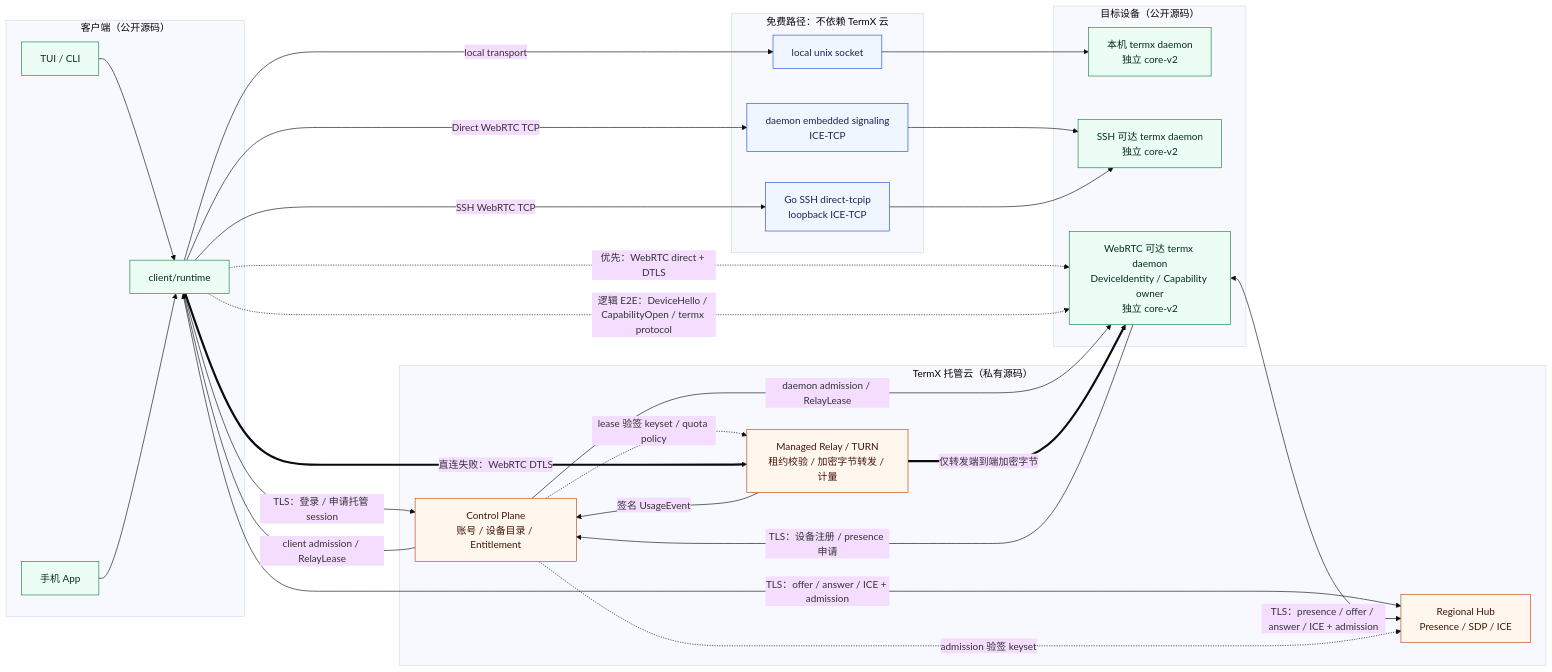
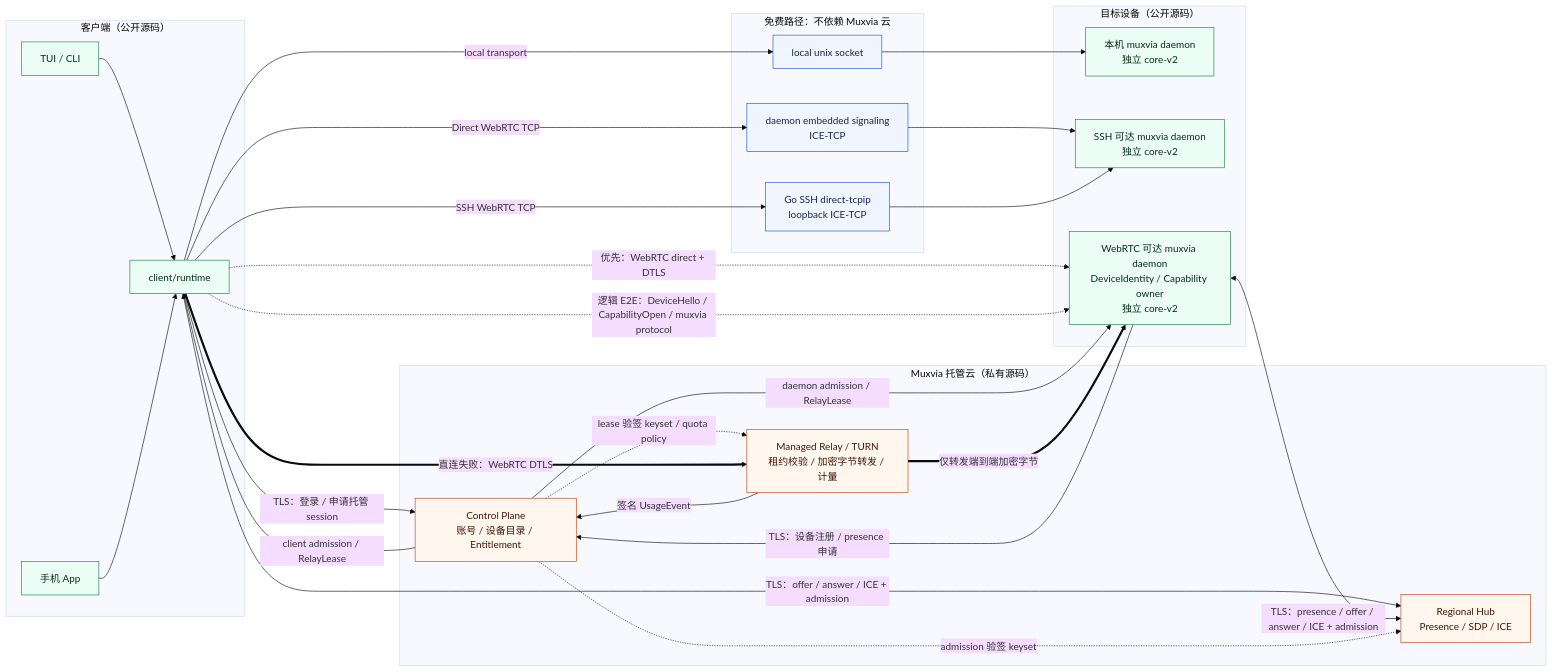
Before and after one commit to lozzo/termx: the first of 5 diagrams in docs/remote-platform/network-topology.md, drawn with Mermaid (base theme). The commit also changed other lines of this file and 208 other files, not shown here.

````diff
--- a/docs/remote-platform/network-topology.md
+++ b/docs/remote-platform/network-topology.md
@@ -19,55 +19,55 @@
 ```mermaid
 flowchart LR
     subgraph Client["客户端（公开源码）"]
         TUI["TUI / CLI"]
         APP["手机 App"]
         CR["client/runtime"]
         TUI --> CR
         APP --> CR
     end
 
-    subgraph FreePaths["免费路径：不依赖 TermX 云"]
+    subgraph FreePaths["免费路径：不依赖 Muxvia 云"]
         LOCAL["local unix socket"]
         DIRECT["daemon embedded signaling<br/>ICE-TCP"]
         SSH["Go SSH direct-tcpip<br/>loopback ICE-TCP"]
     end
 
-    subgraph ManagedCloud["TermX 托管云（私有源码）"]
+    subgraph ManagedCloud["Muxvia 托管云（私有源码）"]
         CP["Control Plane<br/>账号 / 设备目录 / Entitlement"]
         HUB["Regional Hub<br/>Presence / SDP / ICE"]
         RELAY["Managed Relay / TURN<br/>租约校验 / 加密字节转发 / 计量"]
     end
 
     subgraph Daemons["目标设备（公开源码）"]
-        D1["本机 termx daemon<br/>独立 core-v2"]
-        D2["SSH 可达 termx daemon<br/>独立 core-v2"]
-        D3["WebRTC 可达 termx daemon<br/>DeviceIdentity / Capability owner<br/>独立 core-v2"]
+        D1["本机 muxvia daemon<br/>独立 core-v2"]
+        D2["SSH 可达 muxvia daemon<br/>独立 core-v2"]
+        D3["WebRTC 可达 muxvia daemon<br/>DeviceIdentity / Capability owner<br/>独立 core-v2"]
     end
 
     CR -->|"local transport"| LOCAL --> D1
     CR -->|"Direct WebRTC TCP"| DIRECT --> D2
     CR -->|"SSH WebRTC TCP"| SSH --> D2
 
     CR -->|"TLS：登录 / 申请托管 session"| CP
     D3 -->|"TLS：设备注册 / presence 申请"| CP
     CP -->|"client admission / RelayLease"| CR
     CP -->|"daemon admission / RelayLease"| D3
     CR <-->|"TLS：offer / answer / ICE + admission"| HUB
     D3 <-->|"TLS：presence / offer / answer / ICE + admission"| HUB
     CP -.->|"admission 验签 keyset"| HUB
     CP -.->|"lease 验签 keyset / quota policy"| RELAY
 
     CR -.->|"优先：WebRTC direct + DTLS"| D3
     CR ==>|"直连失败：WebRTC DTLS"| RELAY
     RELAY ==>|"仅转发端到端加密字节"| D3
     RELAY -->|"签名 UsageEvent"| CP
 
-    CR -.->|"逻辑 E2E：DeviceHello / CapabilityOpen / termx protocol"| D3
+    CR -.->|"逻辑 E2E：DeviceHello / CapabilityOpen / muxvia protocol"| D3
 
     classDef openNode fill:#ecfdf5,stroke:#15803d,color:#052e16;
     classDef privateNode fill:#fff7ed,stroke:#c2410c,color:#431407;
     classDef pathNode fill:#eff6ff,stroke:#1d4ed8,color:#172554;
     class TUI,APP,CR,D1,D2,D3 openNode;
     class CP,HUB,RELAY privateNode;
     class LOCAL,DIRECT,SSH pathNode;
 ```
````
